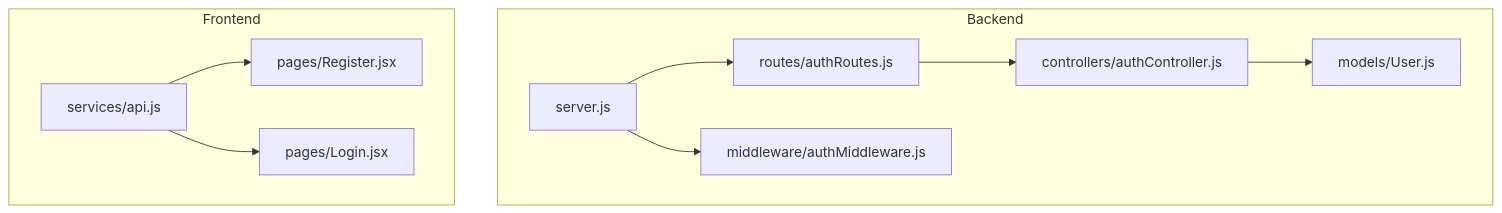
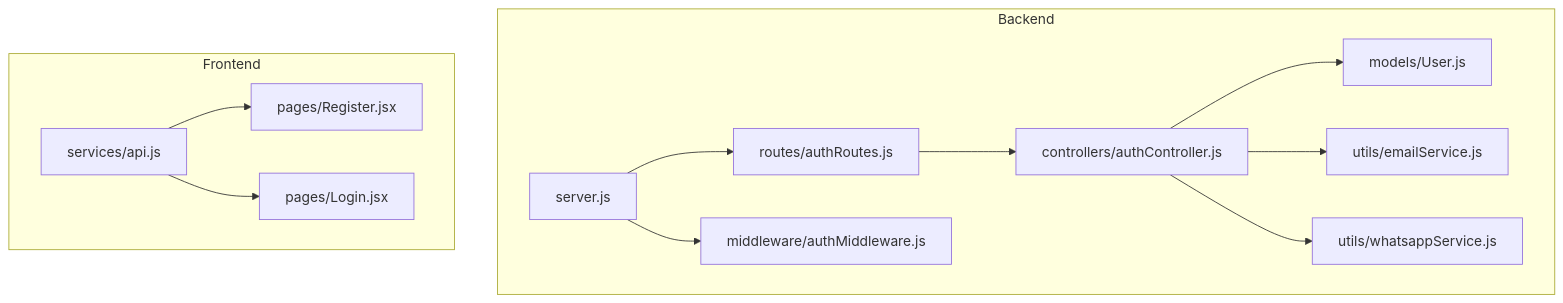
One commit to Pavan-PSPK9032/TrendsandToss changed the first of 4 diagrams in .qoder/repowiki/en/content/Backend API Documentation/Authentication API.md. Above: the diagram before and after it, drawn with Mermaid. The commit also changed other lines of this file and 16 other files, not shown here.

````diff
--- a/.qoder/repowiki/en/content/Backend API Documentation/Authentication API.md
+++ b/.qoder/repowiki/en/content/Backend API Documentation/Authentication API.md
@@ -35,21 +45,25 @@
 ```mermaid
 graph TB
 subgraph "Backend"
 S["server.js"]
 R["routes/authRoutes.js"]
 C["controllers/authController.js"]
 M["middleware/authMiddleware.js"]
 U["models/User.js"]
+E["utils/emailService.js"]
+W["utils/whatsappService.js"]
 end
 subgraph "Frontend"
 FAPI["services/api.js"]
 REG["pages/Register.jsx"]
 LOG["pages/Login.jsx"]
 end
 S --> R
 R --> C
 C --> U
+C --> E
+C --> W
 S --> M
 FAPI --> REG
 FAPI --> LOG
 ```
````
